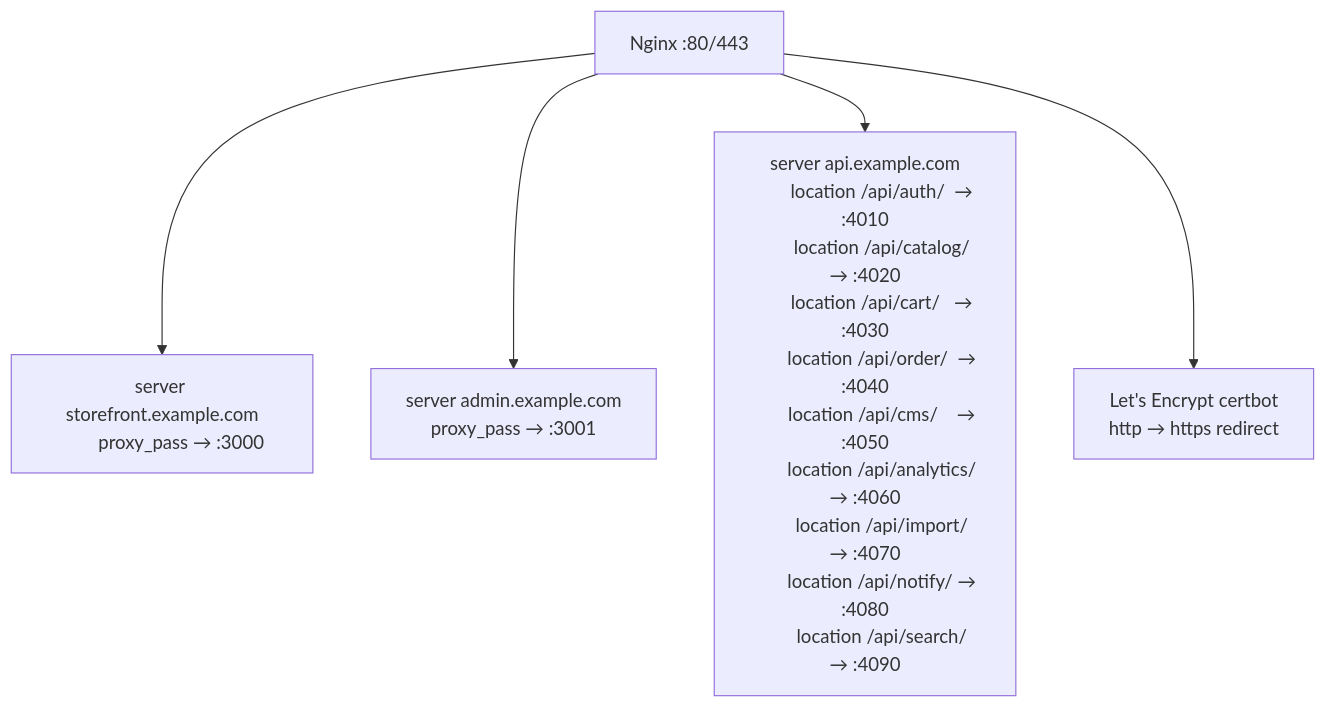
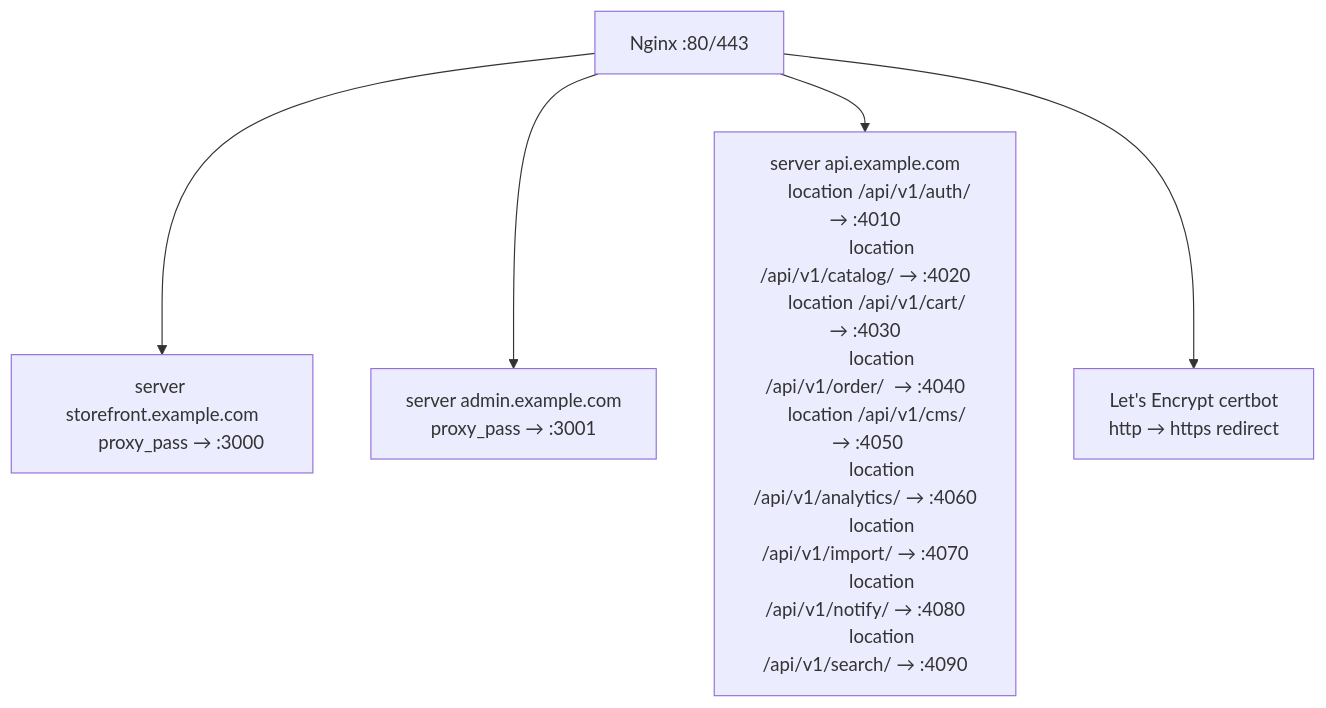
Before and after one commit to E-Commerce-BDA/Documentation: the third of 9 diagrams in 1.Architecture.md, drawn with Mermaid. The commit also changed other lines of this file, not shown here.

First line of the commit message:
Docs: auth base path /api/v1 + readiness in the health wiring

````diff
--- a/1.Architecture.md
+++ b/1.Architecture.md
@@ -497,20 +497,20 @@
 ```mermaid
 flowchart TB
     NGINX["Nginx :80/443"]
     NGINX --> SFB["server storefront.example.com
         proxy_pass → :3000"]
     NGINX --> ADB["server admin.example.com
         proxy_pass → :3001"]
     NGINX --> APB["server api.example.com
-        location /api/auth/  → :4010
-        location /api/catalog/ → :4020
-        location /api/cart/   → :4030
-        location /api/order/  → :4040
-        location /api/cms/    → :4050
-        location /api/analytics/ → :4060
-        location /api/import/ → :4070
-        location /api/notify/ → :4080
-        location /api/search/ → :4090"]
+        location /api/v1/auth/  → :4010
+        location /api/v1/catalog/ → :4020
+        location /api/v1/cart/   → :4030
+        location /api/v1/order/  → :4040
+        location /api/v1/cms/    → :4050
+        location /api/v1/analytics/ → :4060
+        location /api/v1/import/ → :4070
+        location /api/v1/notify/ → :4080
+        location /api/v1/search/ → :4090"]
     NGINX --> TLS["Let's Encrypt certbot
         http → https redirect"]
 ```
````
